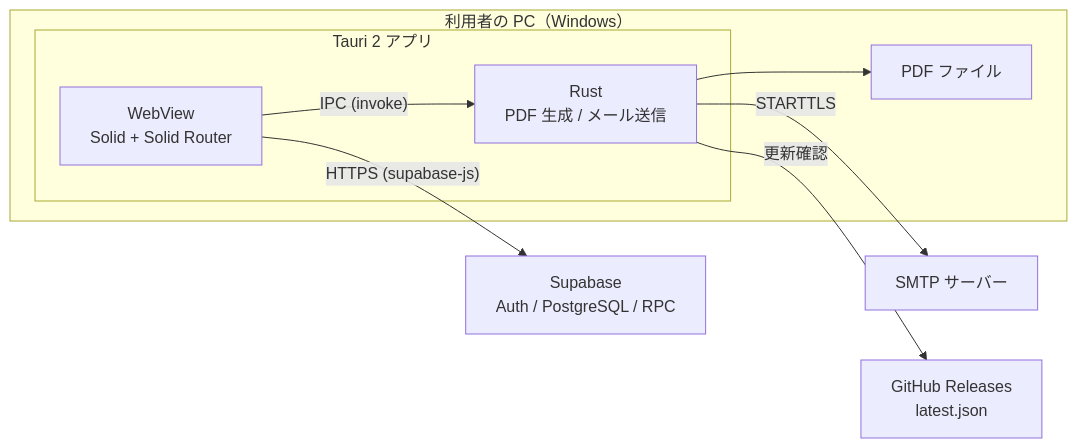
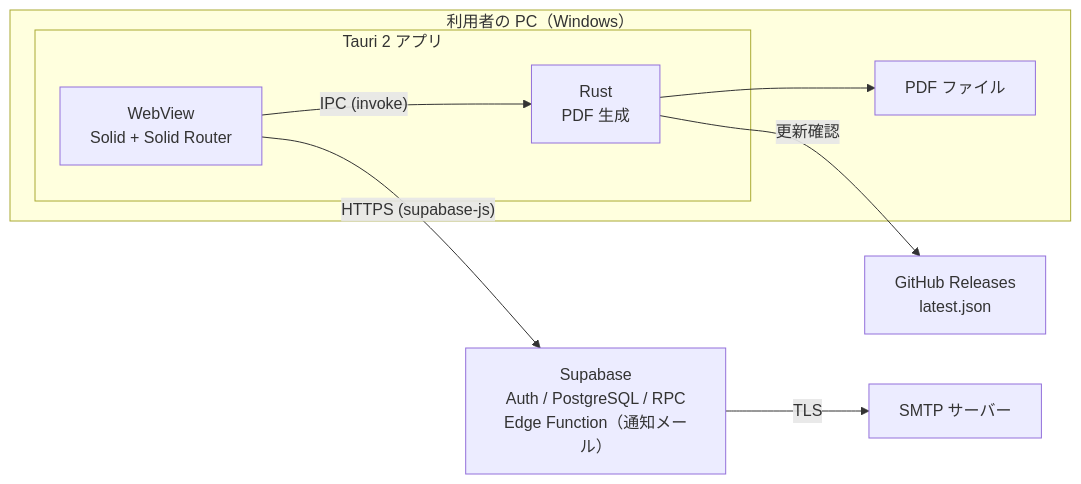
Before and after one commit to tsuchiyoshi-industry/typa: the first of 5 diagrams in docs/basic-design.md, drawn with Mermaid. The commit also changed other lines of this file and 55 other files, not shown here.

````diff
--- a/docs/basic-design.md
+++ b/docs/basic-design.md
@@ -51,18 +51,18 @@
 ```mermaid
 flowchart LR
   subgraph PC["利用者の PC（Windows）"]
     subgraph Tauri["Tauri 2 アプリ"]
       UI["WebView<br/>Solid + Solid Router"]
-      Rust["Rust<br/>PDF 生成 / メール送信"]
+      Rust["Rust<br/>PDF 生成"]
       UI -- "IPC (invoke)" --> Rust
     end
     File["PDF ファイル"]
     Rust --> File
   end
-  Supabase["Supabase<br/>Auth / PostgreSQL / RPC"]
+  Supabase["Supabase<br/>Auth / PostgreSQL / RPC<br/>Edge Function（通知メール）"]
   SMTP["SMTP サーバー"]
   GitHub["GitHub Releases<br/>latest.json"]
   UI -- "HTTPS (supabase-js)" --> Supabase
-  Rust -- "STARTTLS" --> SMTP
+  Supabase -- "TLS" --> SMTP
   Rust -- "更新確認" --> GitHub
 ```
````
